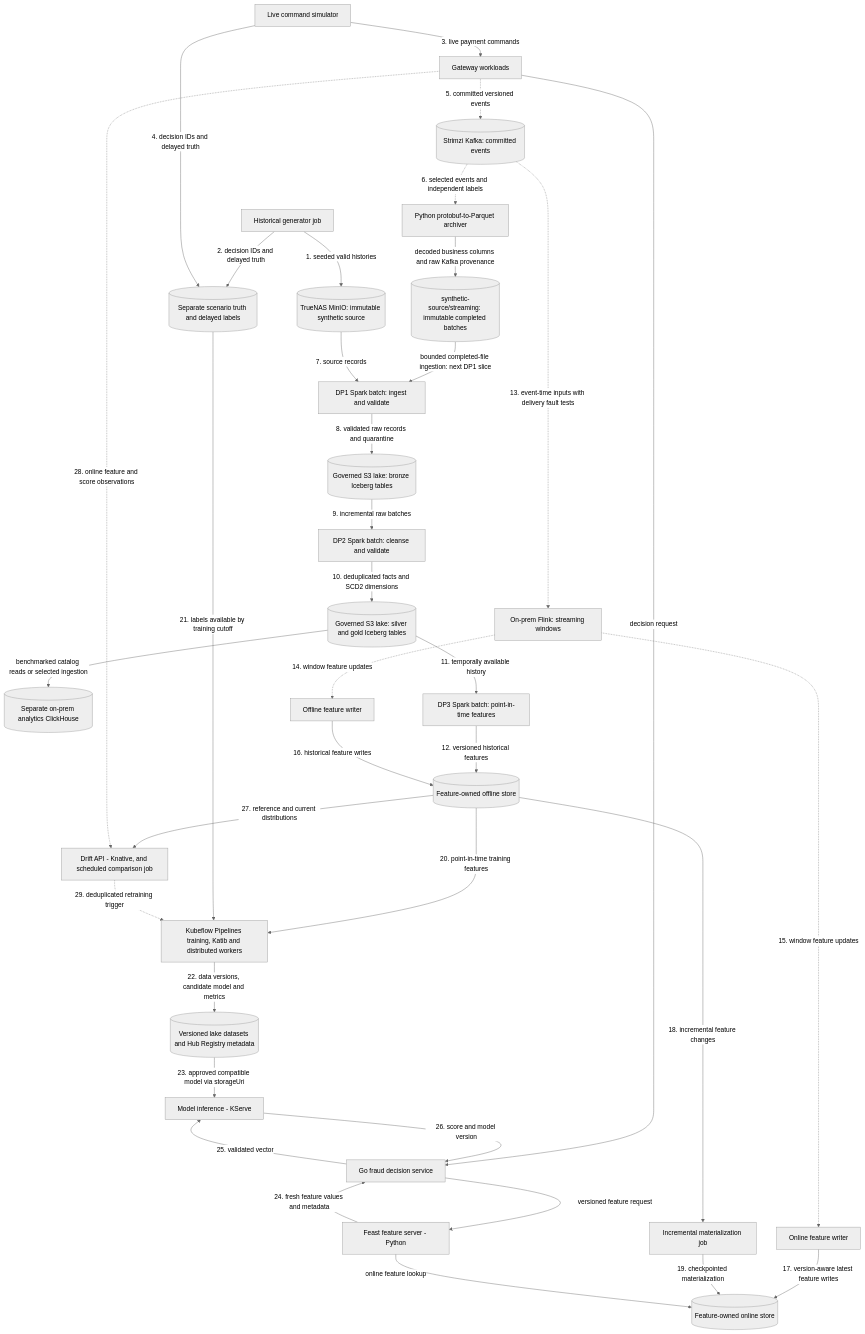
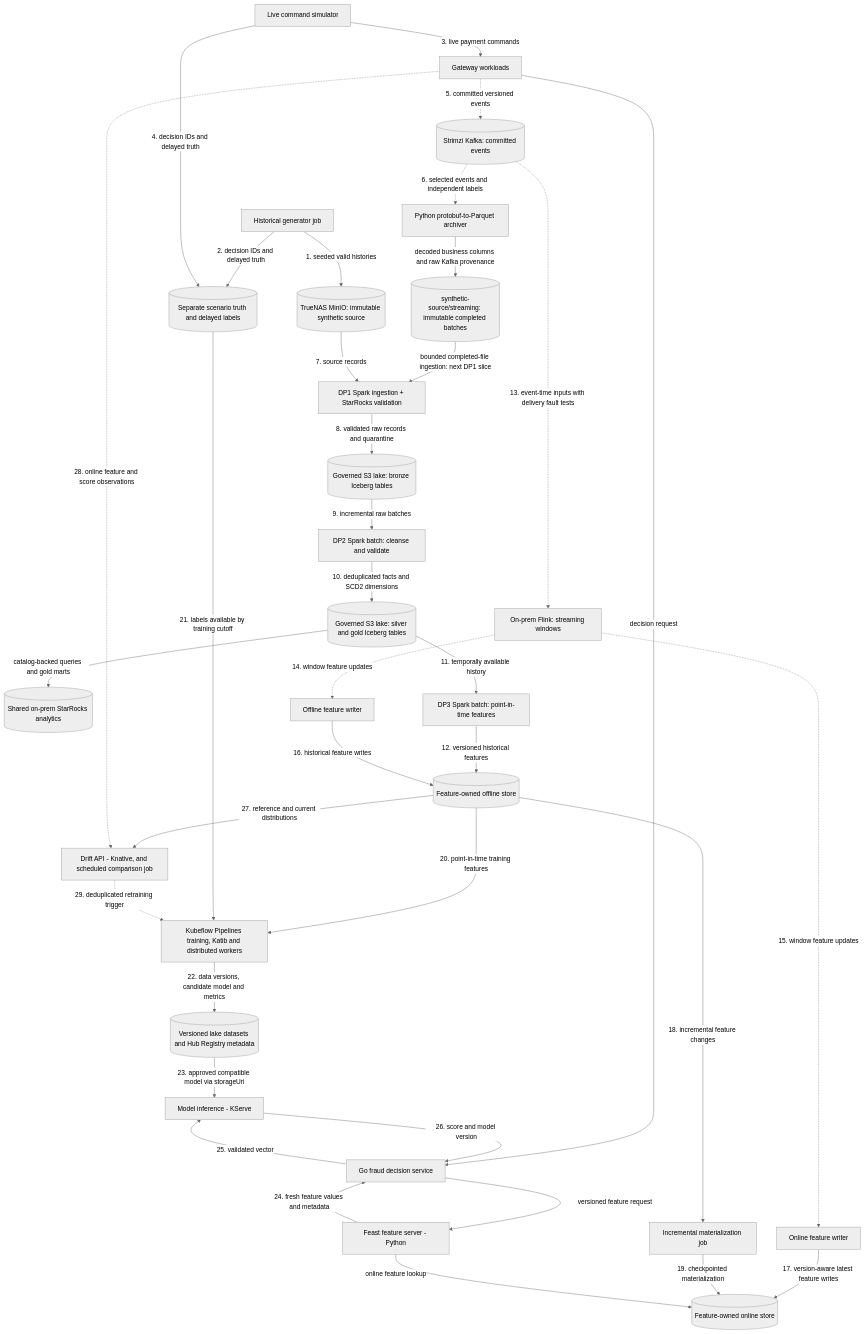
The diagram in docs/data-ml/data-pipeline.md (phuchoang2603/payment-gateway-fraud-detection), drawn with Mermaid (neutral theme) before and after one commit. The commit also changed other lines of this file and 74 other files, not shown here.

````diff
--- a/docs/data-ml/data-pipeline.md
+++ b/docs/data-ml/data-pipeline.md
@@ -9,64 +9,64 @@
 ```mermaid
 flowchart TB
     H["Historical generator job"]
     L["Live command simulator"]
     G["Gateway workloads"]
     T[("Separate scenario truth and delayed labels")]
     S[("TrueNAS MinIO: immutable synthetic source")]
     Q[("Strimzi Kafka: committed events")]
     A["Python protobuf-to-Parquet archiver"]
     LS[("synthetic-source/streaming: immutable completed batches")]
-    D1["DP1 Spark batch: ingest and validate"]
+    D1["DP1 Spark ingestion + StarRocks validation"]
     B[("Governed S3 lake: bronze Iceberg tables")]
     D2["DP2 Spark batch: cleanse and validate"]
     C[("Governed S3 lake: silver and gold Iceberg tables")]
-    CH[("Separate on-prem analytics ClickHouse")]
+    CH[("Shared on-prem StarRocks analytics")]
     D3["DP3 Spark batch: point-in-time features"]
     O[("Feature-owned offline store")]
     W["On-prem Flink: streaming windows"]
     WO["Offline feature writer"]
     WN["Online feature writer"]
     N[("Feature-owned online store")]
     MT["Incremental materialization job"]
     TR["Kubeflow Pipelines training, Katib and distributed workers"]
     MR[("Versioned lake datasets and Hub Registry metadata")]
     F["Go fraud decision service"]
     FS["Feast feature server - Python"]
     I["Model inference - KServe"]
     D["Drift API - Knative, and scheduled comparison job"]
     H -->|"1. seeded valid histories"| S
     H -->|"2. decision IDs and delayed truth"| T
     L -->|"3. live payment commands"| G
     L -->|"4. decision IDs and delayed truth"| T
     G -.->|"5. committed versioned events"| Q
     Q -.->|"6. selected events and independent labels"| A
     A -->|"decoded business columns and raw Kafka provenance"| LS
     LS -->|"bounded completed-file ingestion: next DP1 slice"| D1
     S -->|"7. source records"| D1
     D1 -->|"8. validated raw records and quarantine"| B
     B -->|"9. incremental raw batches"| D2
     D2 -->|"10. deduplicated facts and SCD2 dimensions"| C
-    C -->|"benchmarked catalog reads or selected ingestion"| CH
+    C -->|"catalog-backed queries and gold marts"| CH
     C -->|"11. temporally available history"| D3
     D3 -->|"12. versioned historical features"| O
     Q -.->|"13. event-time inputs with delivery fault tests"| W
     W -.->|"14. window feature updates"| WO
     W -.->|"15. window feature updates"| WN
     WO -->|"16. historical feature writes"| O
     WN -->|"17. version-aware latest feature writes"| N
     O -->|"18. incremental feature changes"| MT
     MT -->|"19. checkpointed materialization"| N
     O -->|"20. point-in-time training features"| TR
     T -->|"21. labels available by training cutoff"| TR
     TR -->|"22. data versions, candidate model and metrics"| MR
     MR -->|"23. approved compatible model via storageUri"| I
     G -->|"decision request"| F
     F -->|"versioned feature request"| FS
     FS -->|"online feature lookup"| N
     FS -->|"24. fresh feature values and metadata"| F
     F -->|"25. validated vector"| I
     I -->|"26. score and model version"| F
     O -->|"27. reference and current distributions"| D
     G -.->|"28. online feature and score observations"| D
     D -.->|"29. deduplicated retraining trigger"| TR
 ```
````
